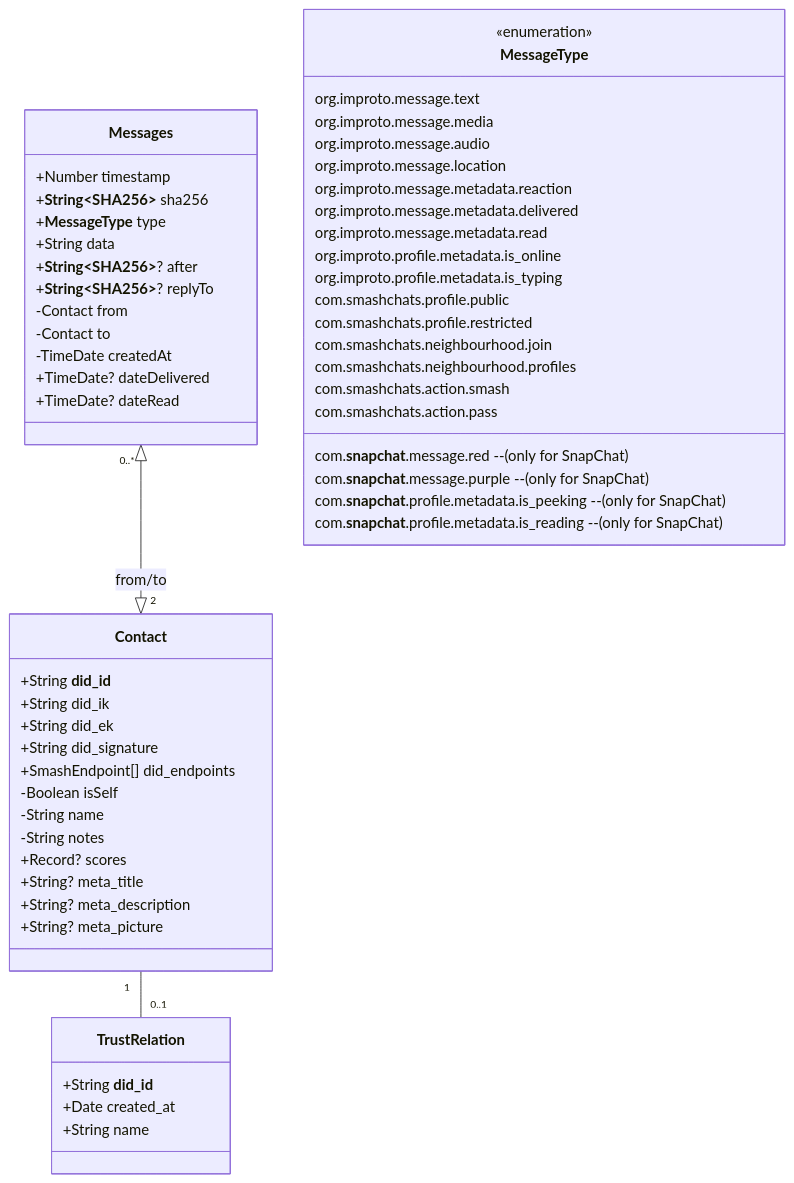
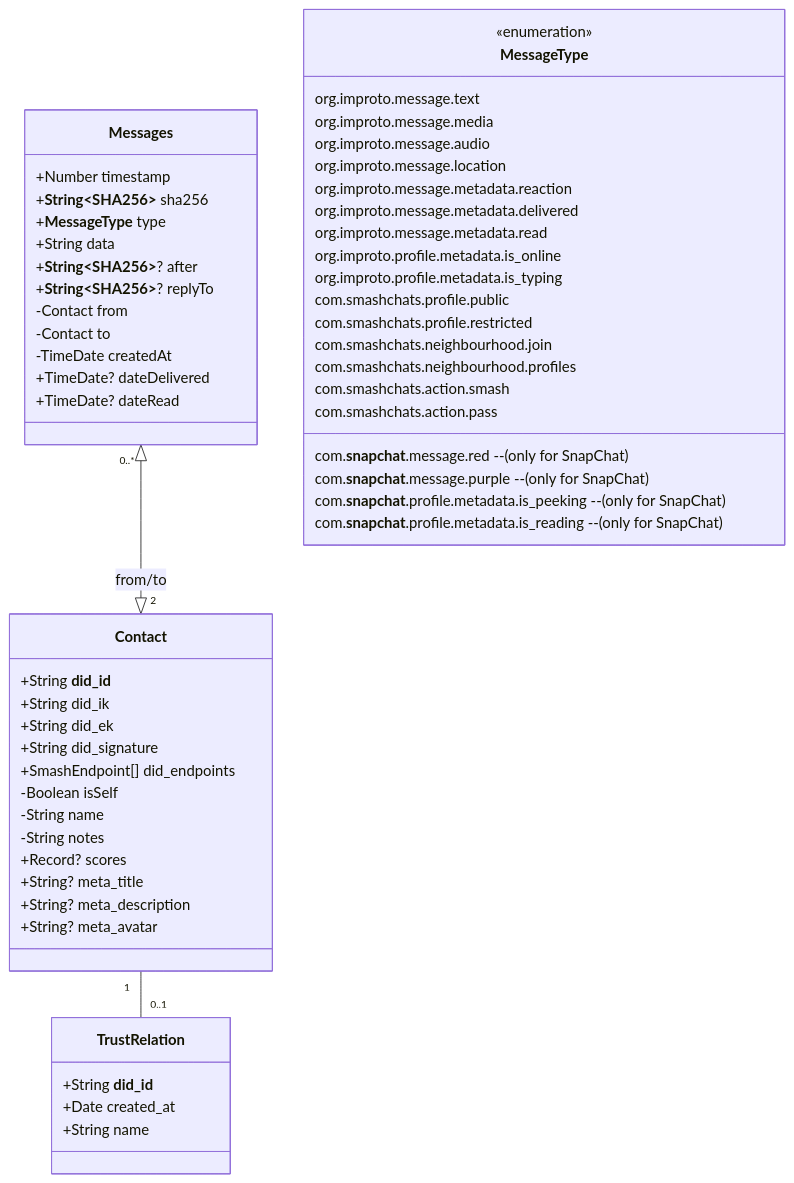
The diagram in README.md (smashchats/smashchats), drawn with Mermaid before and after one commit. The commit also changed 56 other files, not shown here.

````diff
--- a/README.md
+++ b/README.md
@@ -27,73 +27,73 @@
 ```mermaid
 classDiagram
 
     class TrustRelation {
         +String __did_id__
         +Date created_at
         +String name
     }
 
     class Contact {
         +String __did_id__
         +String did_ik
         +String did_ek
         +String did_signature
         +SmashEndpoint[] did_endpoints
 
         -Boolean isSelf
         -String name
         -String notes
 
         +Record<string, number>? scores
 
         +String? meta_title
         +String? meta_description
-        +String? meta_picture
+        +String? meta_avatar
     }
 
     Contact "1" -- "0..1" TrustRelation
 
     class Messages {
         +Number timestamp
         +**String~SHA256~** sha256
         +**MessageType** type
         +String data
         +**String~SHA256~**? after
         +**String~SHA256~**? replyTo
 
         -Contact from
         -Contact to
         -TimeDate createdAt
         +TimeDate? dateDelivered
         +TimeDate? dateRead
     }
     Messages "0..*" <|--|> "2" Contact : from/to
 
     class MessageType
     <<enumeration>> MessageType
     MessageType : org.improto.message.text
     MessageType : org.improto.message.media
     MessageType : org.improto.message.audio
     MessageType : org.improto.message.location
 
     MessageType : org.improto.message.metadata.reaction
     MessageType : org.improto.message.metadata.delivered
     MessageType : org.improto.message.metadata.read
 
     MessageType : org.improto.profile.metadata.is_online
     MessageType : org.improto.profile.metadata.is_typing
 
 
     MessageType : com.smashchats.profile.public
     MessageType : com.smashchats.profile.restricted
     MessageType : com.smashchats.neighbourhood.join
     MessageType : com.smashchats.neighbourhood.profiles
     MessageType : com.smashchats.action.smash
     MessageType : com.smashchats.action.pass
 
 
     MessageType : com.**snapchat**.message.red -- (only for SnapChat)
     MessageType : com.**snapchat**.message.purple -- (only for SnapChat)
     MessageType : com.**snapchat**.profile.metadata.is_peeking -- (only for SnapChat)
     MessageType : com.**snapchat**.profile.metadata.is_reading -- (only for SnapChat)
 ```
````
